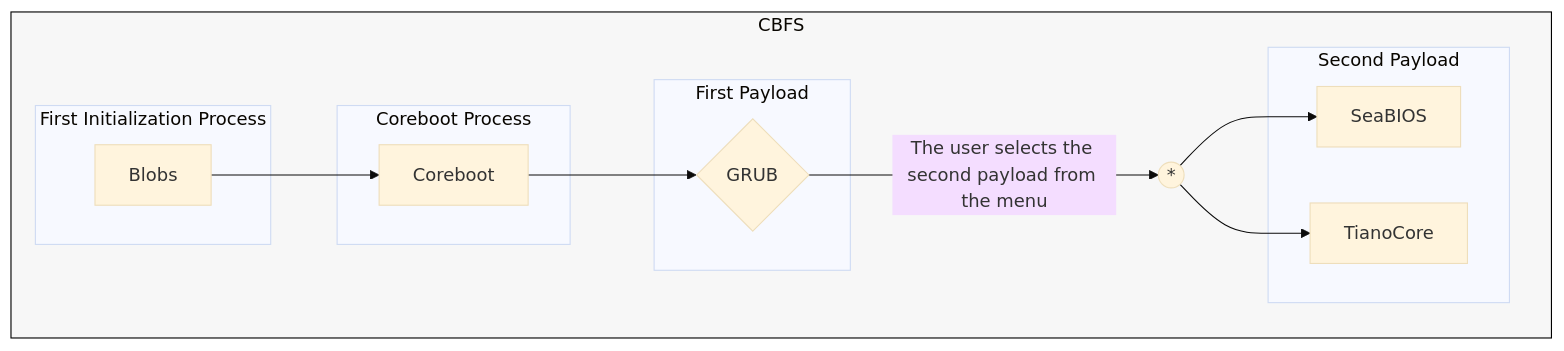
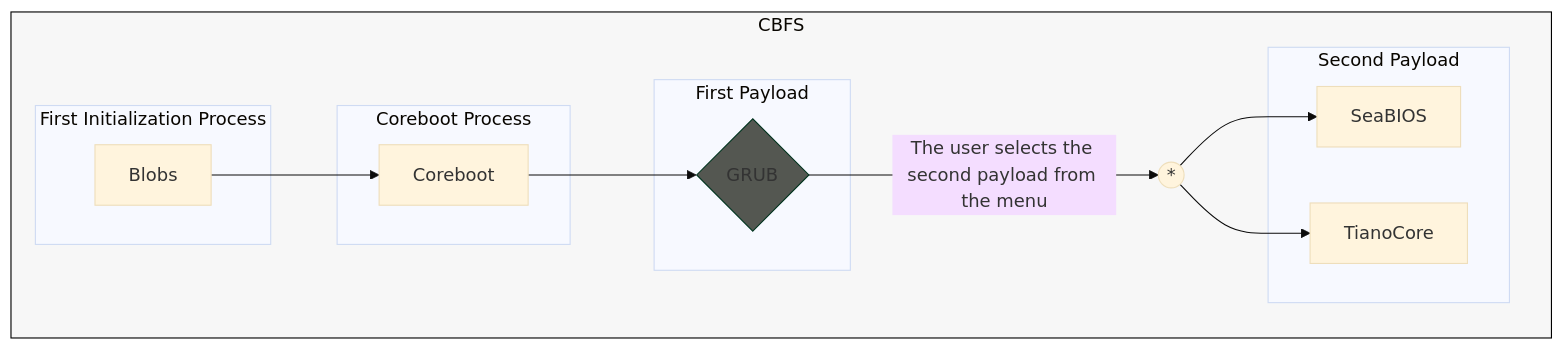
The diagram in README.md (Ch3ckm4t3C1ph3r/Lenovo-Ideapad-320-14ISK-_Coreboot-Adaptation_), drawn with Mermaid (base theme) before and after one commit.

Commit message:
Update flowchart style in README.md

````diff
--- a/README.md
+++ b/README.md
@@ -104,35 +104,36 @@
 ```mermaid
 flowchart LR;
     %% Definition of style class and their characteristics
     classDef cbfs fill:#f7f7f7,stroke:#000000,stroke-width:1px;
+    style p1 fill:#545751,stroke:#00331E,stroke-width:1px
     
     subgraph CBFS
         direction LR
 
         %% Not publicly documented boot process
         subgraph First Initialization Process
         Blobs
         end
 
         Blobs --> Coreboot
 
         subgraph Coreboot Process
         Coreboot
         end
     
         Coreboot-->p1{GRUB}
     
         subgraph First Payload
         p1{GRUB}
         end
     
         p1{GRUB}--The user selects the second payload from the menu-->UNION((*))-->p2_1[SeaBIOS] & p2_2[TianoCore]
     
         subgraph Second Payload
         p2_1[SeaBIOS] & p2_2[TianoCore]
         end
     end
 
     %% Define the members of the sytle class
     class CBFS cbfs
 ```
````
